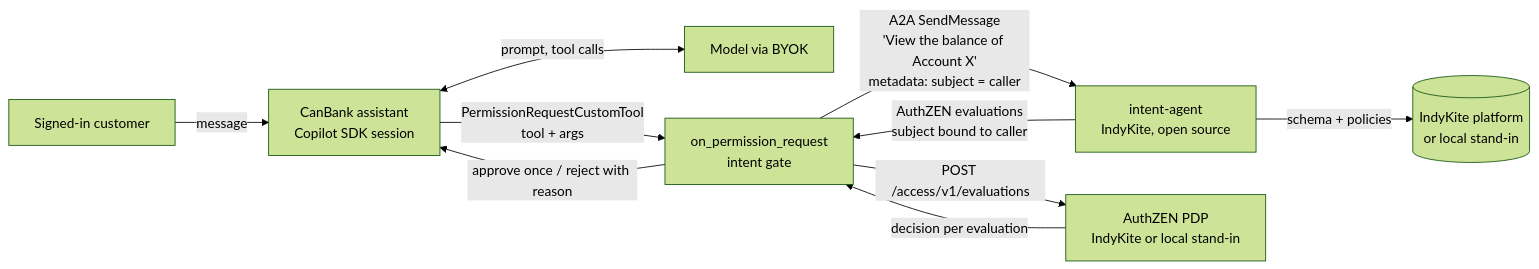
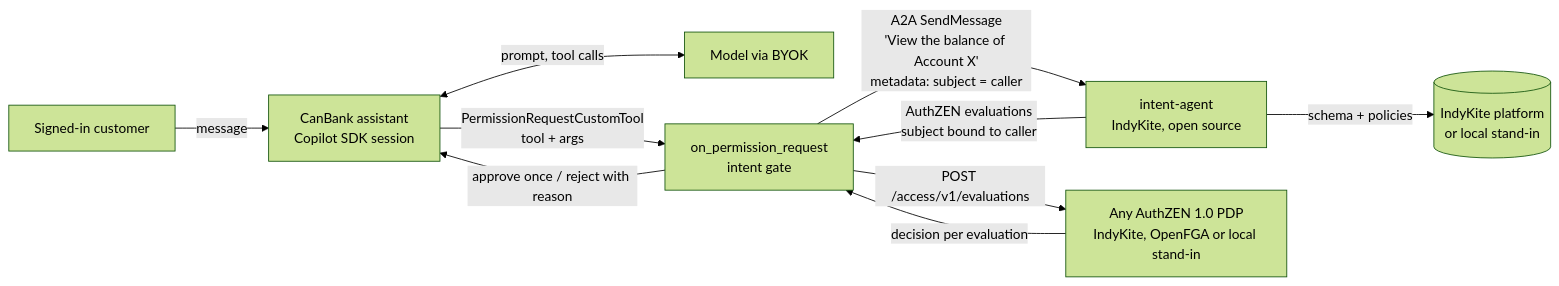
Before and after one commit to vibeprogrammer/copilot-sdk-intent-gate: the diagram in README.md, drawn with Mermaid (forest theme). The commit also changed other lines of this file and 20 other files, not shown here.

First line of the commit message:
Pluggable AuthZEN decision engine, proven with OpenFGA (#2)

````diff
--- a/README.md
+++ b/README.md
@@ -25,12 +29,12 @@
 ```mermaid
 flowchart LR
     U[Signed-in customer] -->|message| APP[CanBank assistant<br/>Copilot SDK session]
     APP <-->|prompt, tool calls| M[Model via BYOK]
     APP -->|PermissionRequestCustomTool<br/>tool + args| H[on_permission_request<br/>intent gate]
     H -->|A2A SendMessage<br/>'View the balance of Account X'<br/>metadata: subject = caller| IA[intent-agent<br/>IndyKite, open source]
     IA -->|schema + policies| IK[(IndyKite platform<br/>or local stand-in)]
     IA -->|AuthZEN evaluations<br/>subject bound to caller| H
-    H -->|POST /access/v1/evaluations| PDP[AuthZEN PDP<br/>IndyKite or local stand-in]
+    H -->|POST /access/v1/evaluations| PDP[Any AuthZEN 1.0 PDP<br/>IndyKite, OpenFGA or local stand-in]
     PDP -->|decision per evaluation| H
     H -->|approve once / reject with reason| APP
 ```
````
